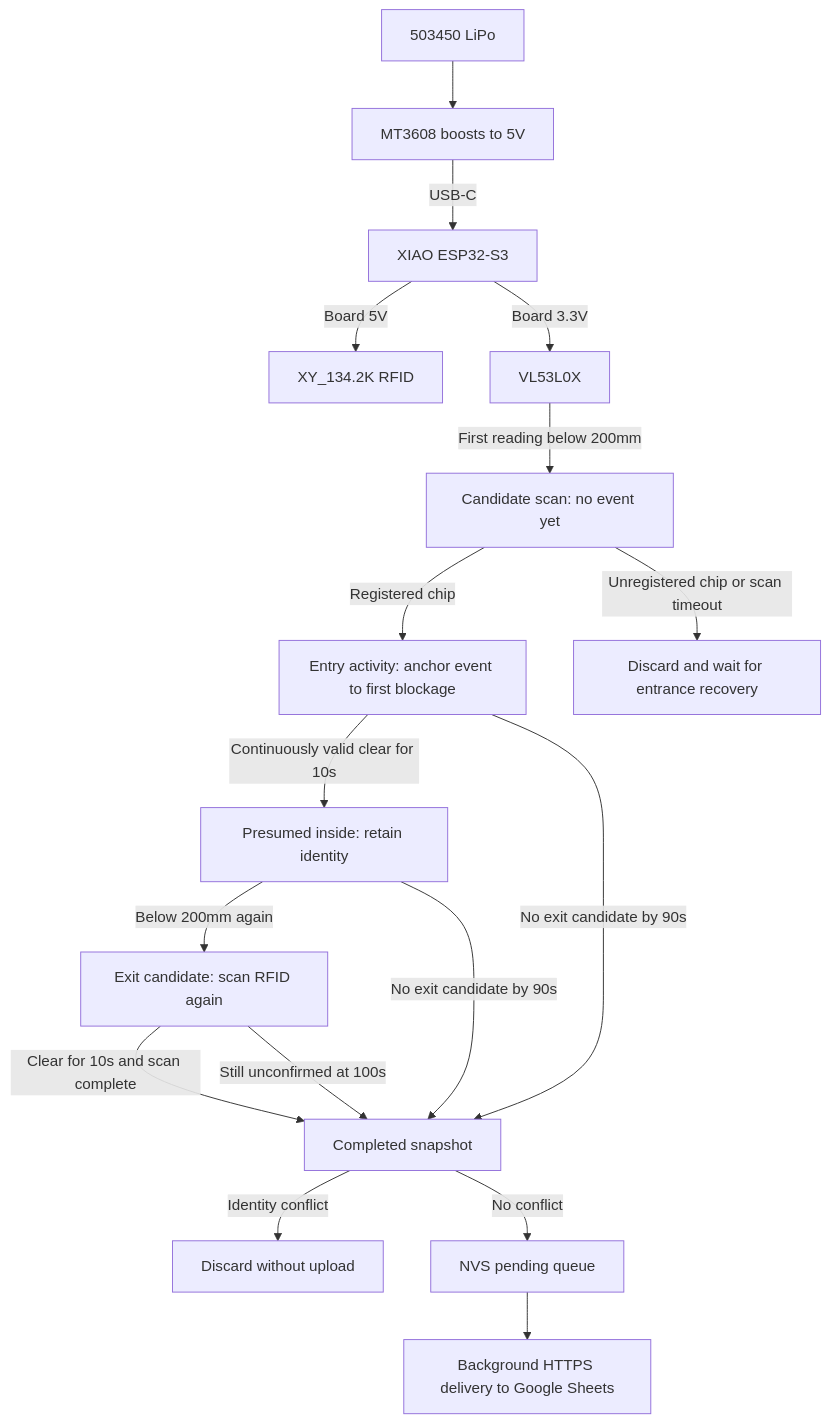
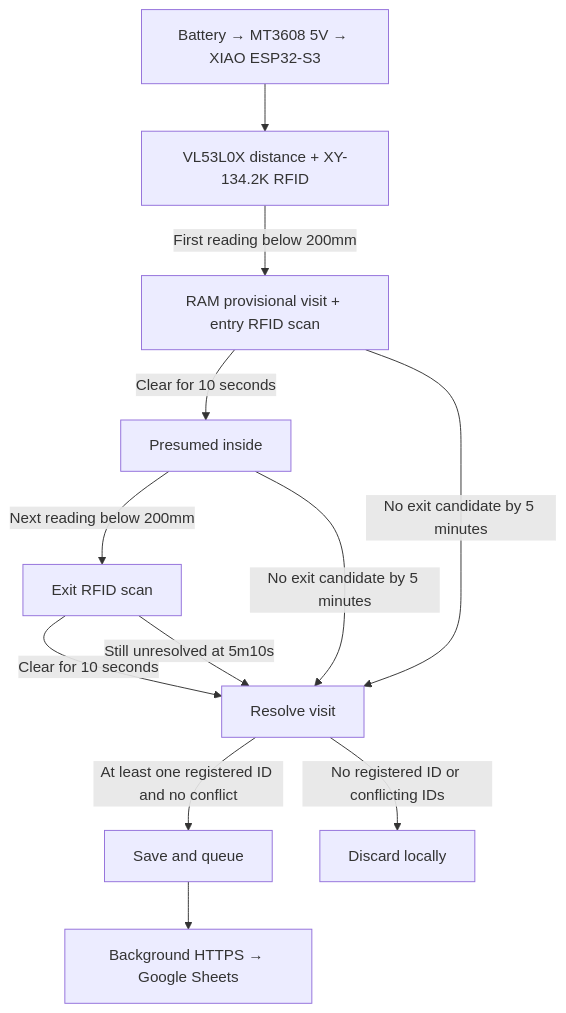
The diagram in README.md (ziv50109/smart-litter-cabinet), drawn with Mermaid before and after one commit. The commit also changed other lines of this file and 11 other files, not shown here.

````diff
--- a/README.md
+++ b/README.md
@@ -11,19 +11,14 @@
 ```mermaid
 flowchart TD
-    Battery[503450 LiPo] --> Boost[MT3608 boosts to 5V]
-    Boost -->|USB-C| ESP32[XIAO ESP32-S3]
-    ESP32 -->|Board 5V| RFID[XY_134.2K RFID]
-    ESP32 -->|Board 3.3V| ToF[VL53L0X]
-    ToF -->|First reading below 200mm| Candidate[Candidate scan: no event yet]
-    Candidate -->|Registered chip| Entry[Entry activity: anchor event to first blockage]
-    Candidate -->|Unregistered chip or scan timeout| DropCandidate[Discard and wait for entrance recovery]
-    Entry -->|Continuously valid clear for 10s| Inside[Presumed inside: retain identity]
-    Inside -->|Below 200mm again| Exit[Exit candidate: scan RFID again]
-    Exit -->|Clear for 10s and scan complete| Close[Completed snapshot]
-    Entry -->|No exit candidate by 90s| Close
-    Inside -->|No exit candidate by 90s| Close
-    Exit -->|Still unconfirmed at 100s| Close
-    Close -->|Identity conflict| Drop[Discard without upload]
-    Close -->|No conflict| Queue[NVS pending queue]
-    Queue --> Worker[Background HTTPS delivery to Google Sheets]
+    Power[Battery → MT3608 5V → XIAO ESP32-S3] --> Sensors[VL53L0X distance + XY-134.2K RFID]
+    Sensors -->|First reading below 200mm| Visit[RAM provisional visit + entry RFID scan]
+    Visit -->|Clear for 10 seconds| Inside[Presumed inside]
+    Inside -->|Next reading below 200mm| Exit[Exit RFID scan]
+    Exit -->|Clear for 10 seconds| Resolve[Resolve visit]
+    Visit -->|No exit candidate by 5 minutes| Resolve
+    Inside -->|No exit candidate by 5 minutes| Resolve
+    Exit -->|Still unresolved at 5m10s| Resolve
+    Resolve -->|At least one registered ID and no conflict| Queue[Save and queue]
+    Resolve -->|No registered ID or conflicting IDs| Discard[Discard locally]
+    Queue --> Sheets[Background HTTPS → Google Sheets]
 ```
````
